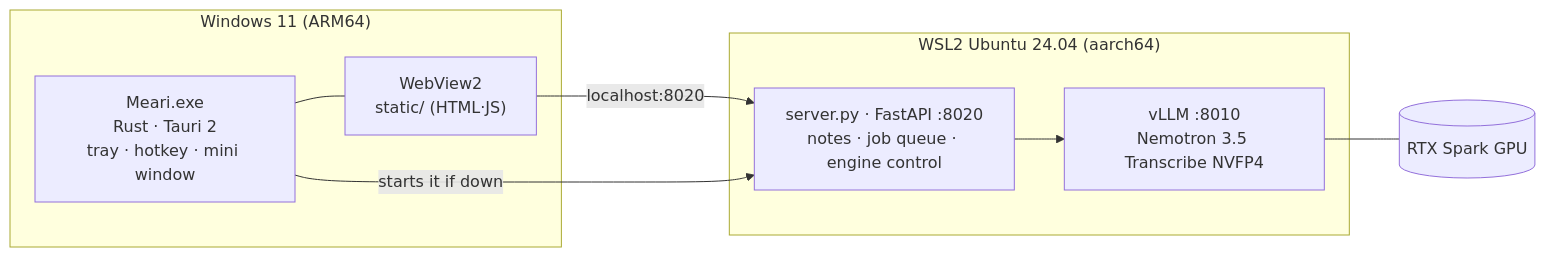
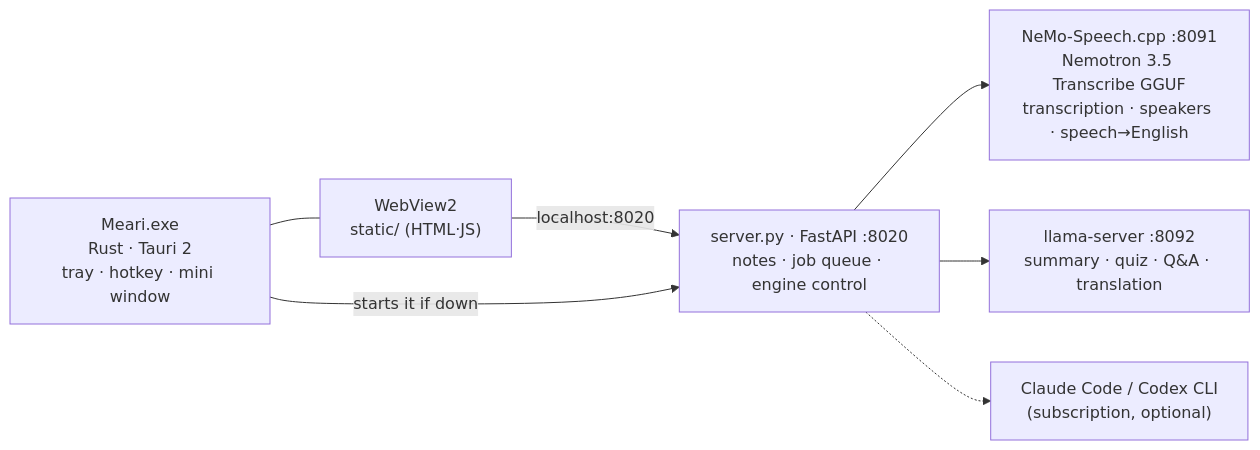
The diagram in README.en.md (ajh1004ajh00/meari), drawn with Mermaid before and after one commit. The commit also changed other lines of this file and 14 other files, not shown here.

First line of the commit message:
Run natively on Windows (no WSL); choose the summary engine

````diff
--- a/README.en.md
+++ b/README.en.md
@@ -88,16 +91,15 @@
 ```mermaid
 flowchart LR
-  subgraph Windows["Windows 11 (ARM64)"]
-    APP["Meari.exe<br/>Rust · Tauri 2<br/>tray · hotkey · mini window"]
-    WV["WebView2<br/>static/ (HTML·JS)"]
-    APP --- WV
-  end
-  subgraph WSL["WSL2 Ubuntu 24.04 (aarch64)"]
-    SRV["server.py · FastAPI :8020<br/>notes · job queue · engine control"]
-    ENG["vLLM :8010<br/>Nemotron 3.5 Transcribe NVFP4"]
-    SRV --> ENG
-  end
+  APP["Meari.exe<br/>Rust · Tauri 2<br/>tray · hotkey · mini window"]
+  WV["WebView2<br/>static/ (HTML·JS)"]
+  SRV["server.py · FastAPI :8020<br/>notes · job queue · engine control"]
+  ASR["NeMo-Speech.cpp :8091<br/>Nemotron 3.5 Transcribe GGUF<br/>transcription · speakers · speech→English"]
+  LLM["llama-server :8092<br/>summary · quiz · Q&A · translation"]
+  CLI["Claude Code / Codex CLI<br/>(subscription, optional)"]
+  APP --- WV
   WV -->|localhost:8020| SRV
   APP -->|starts it if down| SRV
-  ENG --- GPU[("RTX Spark GPU")]
+  SRV --> ASR
+  SRV --> LLM
+  SRV -.-> CLI
 ```
````
